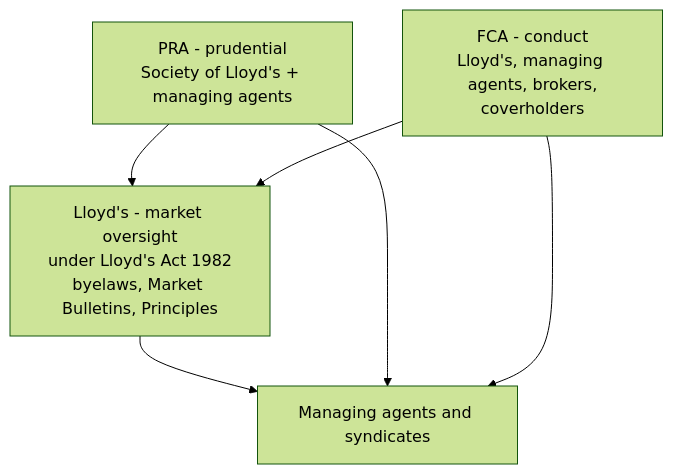
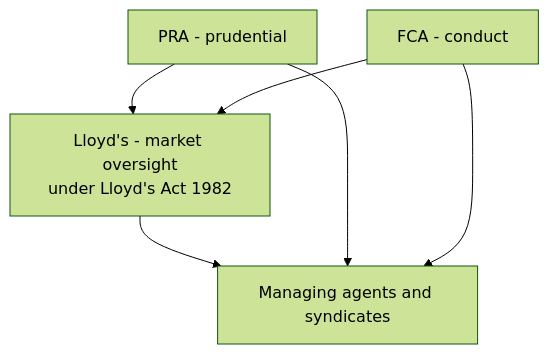
The fourth of 4 diagrams in london-market-lloyds-guide/07-Advanced-Capital-Finance-Regulation.md (gazal-gupta/Insurance-Domain), drawn with Mermaid (forest theme) before and after one commit. The commit also changed other lines of this file, not shown here.

````diff
--- a/london-market-lloyds-guide/07-Advanced-Capital-Finance-Regulation.md
+++ b/london-market-lloyds-guide/07-Advanced-Capital-Finance-Regulation.md
@@ -142,8 +260,8 @@
 ```mermaid
 flowchart TB
-  PRA[PRA - prudential<br/>Society of Lloyd's + managing agents] --> LLO[Lloyd's - market oversight<br/>under Lloyd's Act 1982<br/>byelaws, Market Bulletins, Principles]
-  FCA[FCA - conduct<br/>Lloyd's, managing agents, brokers,<br/>coverholders] --> LLO
+  PRA[PRA - prudential] --> LLO[Lloyd's - market oversight<br/>under Lloyd's Act 1982]
+  FCA[FCA - conduct] --> LLO
   LLO --> MA[Managing agents and syndicates]
   PRA --> MA
   FCA --> MA
 ```
````
